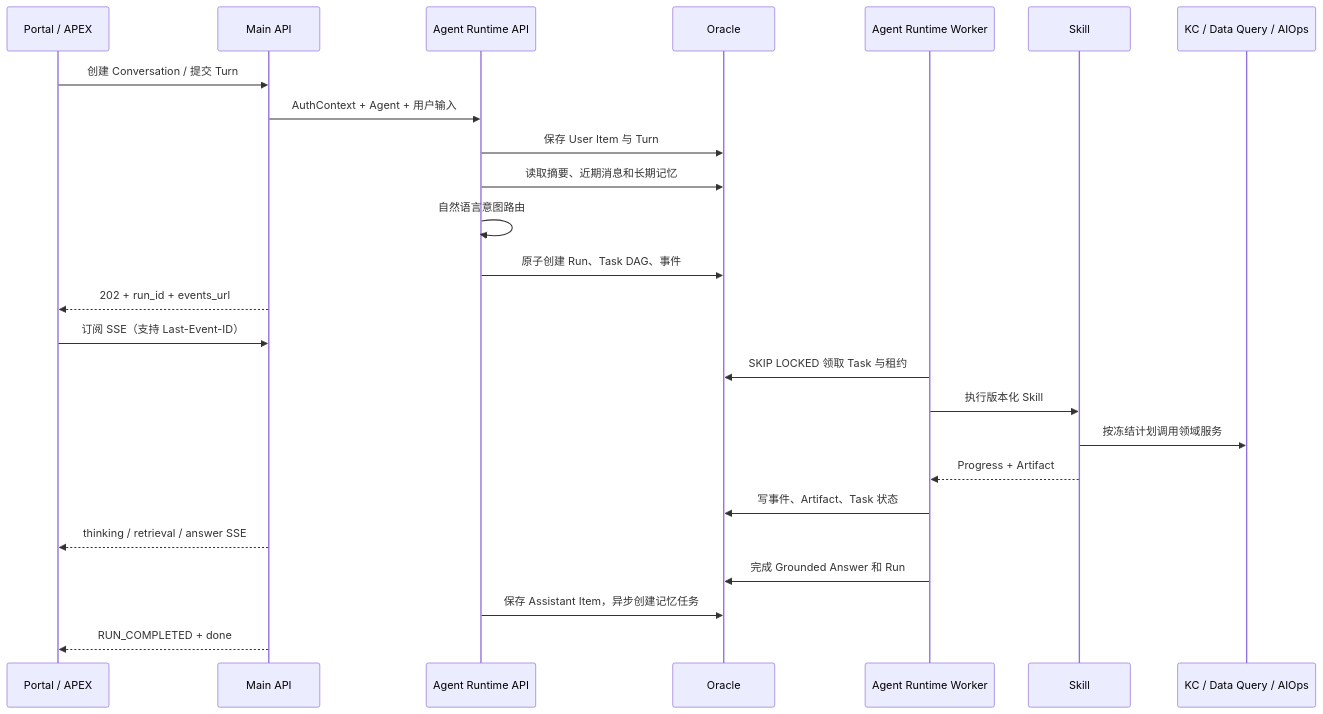
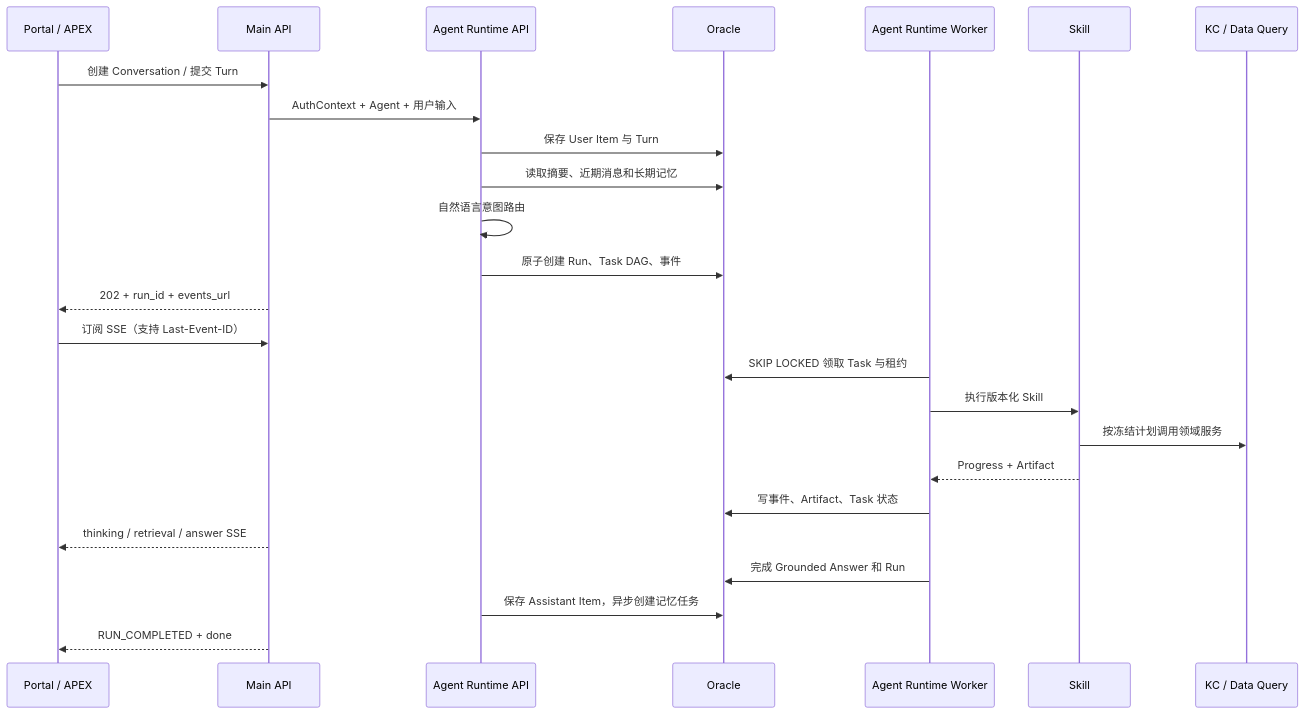
The diagram in docs/product/agent-chat.md (munger1985/kbot), drawn with Mermaid before and after one commit. The commit also changed other lines of this file and 16 other files, not shown here.

````diff
--- a/docs/product/agent-chat.md
+++ b/docs/product/agent-chat.md
@@ -28,28 +27,28 @@
 ```mermaid
 sequenceDiagram
     participant UI as Portal / APEX
     participant API as Main API
     participant AR as Agent Runtime API
     participant DB as Oracle
     participant W as Agent Runtime Worker
     participant S as Skill
-    participant DS as KC / Data Query / AIOps
+    participant DS as KC / Data Query
 
     UI->>API: 创建 Conversation / 提交 Turn
     API->>AR: AuthContext + Agent + 用户输入
     AR->>DB: 保存 User Item 与 Turn
     AR->>DB: 读取摘要、近期消息和长期记忆
     AR->>AR: 自然语言意图路由
     AR->>DB: 原子创建 Run、Task DAG、事件
     API-->>UI: 202 + run_id + events_url
     UI->>API: 订阅 SSE（支持 Last-Event-ID）
     W->>DB: SKIP LOCKED 领取 Task 与租约
     W->>S: 执行版本化 Skill
     S->>DS: 按冻结计划调用领域服务
     S-->>W: Progress + Artifact
     W->>DB: 写事件、Artifact、Task 状态
     API-->>UI: thinking / retrieval / answer SSE
     W->>DB: 完成 Grounded Answer 和 Run
     AR->>DB: 保存 Assistant Item，异步创建记忆任务
     API-->>UI: RUN_COMPLETED + done
 ```
````
